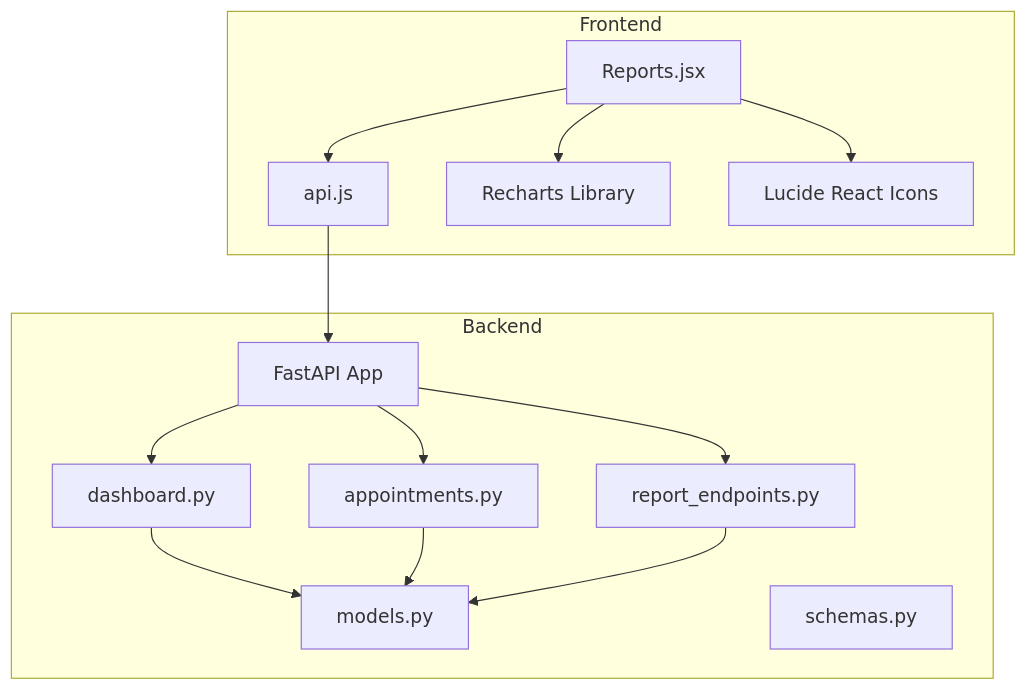
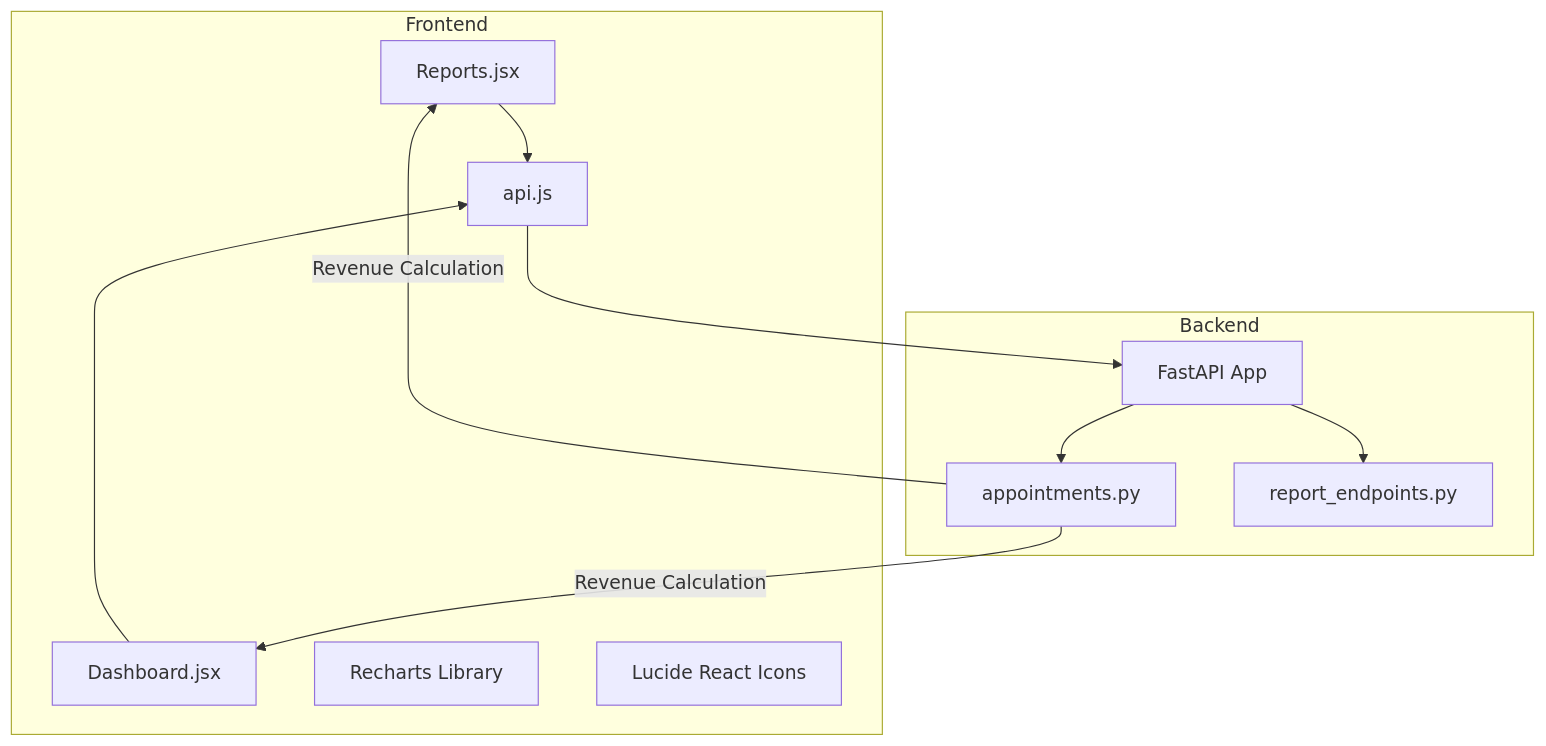
The first of 7 diagrams in .qoder/repowiki/en/content/Frontend Component Architecture/Reports Component.md (kasliwalsarthak7972/smart-healthcare-dashboard), drawn with Mermaid before and after one commit. The commit also changed other lines of this file and 7 other files, not shown here.

````diff
--- a/.qoder/repowiki/en/content/Frontend Component Architecture/Reports Component.md
+++ b/.qoder/repowiki/en/content/Frontend Component Architecture/Reports Component.md
@@ -38,27 +44,22 @@
 ```mermaid
 graph TB
 subgraph "Frontend"
 RPT["Reports.jsx"]
+DASH["Dashboard.jsx"]
 API["api.js"]
 RECHARTS["Recharts Library"]
 ICONS["Lucide React Icons"]
 end
 subgraph "Backend"
 MAIN["FastAPI App"]
-DASHBOARD_ROUTER["dashboard.py"]
 APPOINTMENTS_ROUTER["appointments.py"]
-MODELS["models.py"]
-SCHEMAS["schemas.py"]
 REPORT_ENDPOINTS["report_endpoints.py"]
 end
 RPT --> API
+DASH --> API
 API --> MAIN
-MAIN --> DASHBOARD_ROUTER
 MAIN --> APPOINTMENTS_ROUTER
 MAIN --> REPORT_ENDPOINTS
-DASHBOARD_ROUTER --> MODELS
-APPOINTMENTS_ROUTER --> MODELS
-REPORT_ENDPOINTS --> MODELS
-RPT --> RECHARTS
-RPT --> ICONS
+APPOINTMENTS_ROUTER --> |"Revenue Calculation"| RPT
+APPOINTMENTS_ROUTER --> |"Revenue Calculation"| DASH
 ```
````
